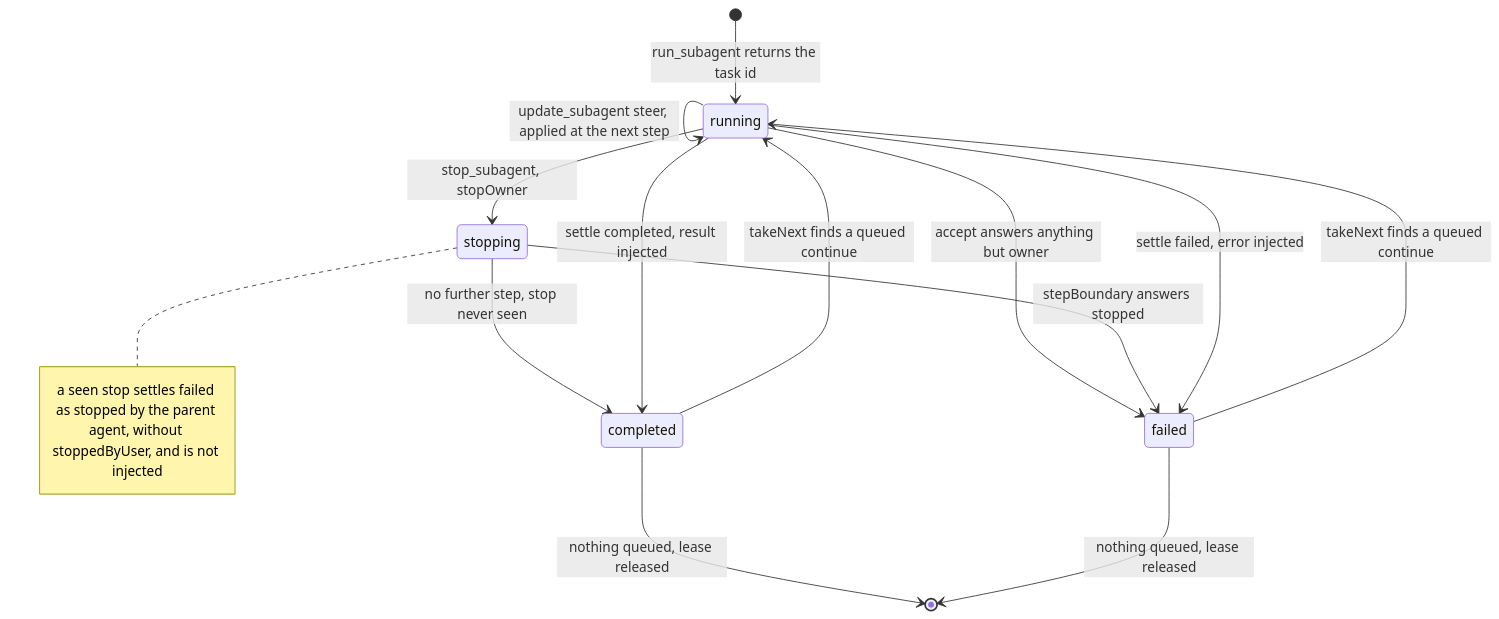
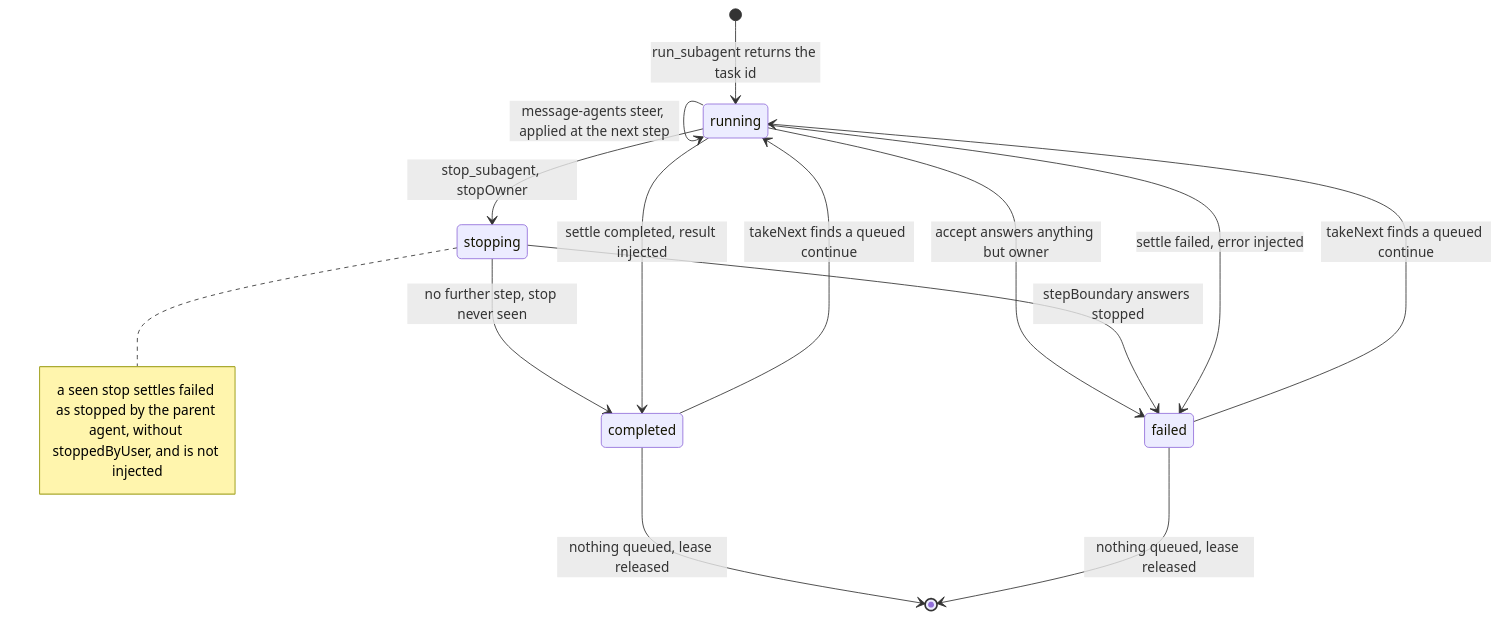
The fourth of 7 diagrams in apps/docs/docs/internals/subagents.md (beeblastco/broods), drawn with Mermaid before and after one commit. The commit also changed other lines of this file and 24 other files, not shown here.

First line of the commit message:
feat(core): message-agents, two-way messages between a parent and its subagents

````diff
--- a/apps/docs/docs/internals/subagents.md
+++ b/apps/docs/docs/internals/subagents.md
@@ -128,16 +128,16 @@
 ```mermaid
 stateDiagram-v2
   [*] --> running: run_subagent returns the task id
   running --> failed: accept answers anything but owner
-  running --> running: update_subagent steer, applied at the next step
+  running --> running: message-agents steer, applied at the next step
   running --> stopping: stop_subagent, stopOwner
   stopping --> failed: stepBoundary answers stopped
   stopping --> completed: no further step, stop never seen
   running --> completed: settle completed, result injected
   running --> failed: settle failed, error injected
   completed --> running: takeNext finds a queued continue
   failed --> running: takeNext finds a queued continue
   completed --> [*]: nothing queued, lease released
   failed --> [*]: nothing queued, lease released
   note right of stopping: a seen stop settles failed as stopped by the parent agent, without stoppedByUser, and is not injected
 ```
````
